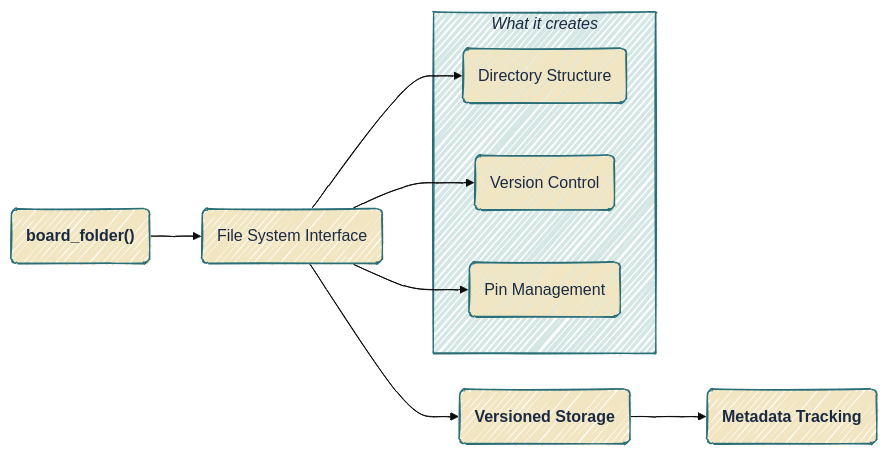
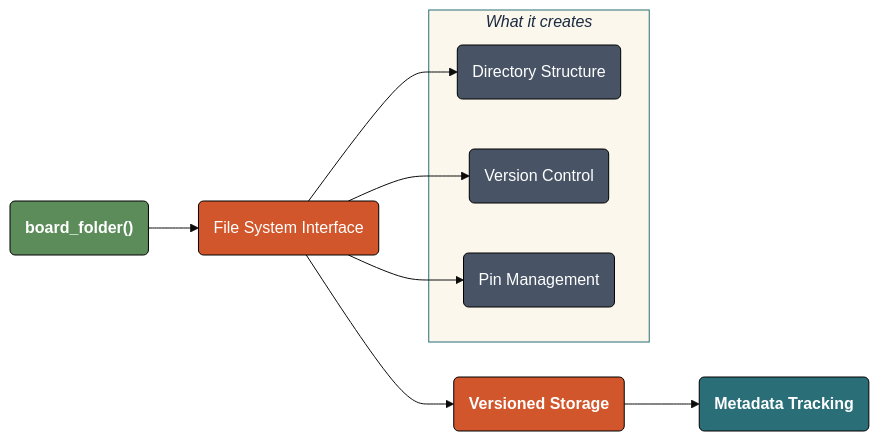
One commit to mjfrigaard/do4ds-labs changed the third of 5 diagrams in lab02.qmd. Above: the diagram before and after it, drawn with Mermaid. The commit also changed other lines of this file and 48 other files, not shown here.

````diff
--- a/lab02.qmd
+++ b/lab02.qmd
@@ -287,26 +297,32 @@
 ```{mermaid}
 %%| fig-cap: 'board_folder()'
-%%| fig-align: center
-%%{init: {'theme': 'base', 'look': 'handDrawn', 'themeVariables': {'fontFamily': 'monospace'}}}%%
+%%| fig-align: 'center'
+%%{init: {'theme': 'base', 'themeVariables': {'fontFamily': 'monospace'}}}%%
 
 flowchart LR
     BrdFldr("<strong>board_folder()</strong>") --> FSI("File System Interface")
     FSI --> VerStor("<strong>Versioned Storage</strong>")
     VerStor --> MetaTr("<strong>Metadata Tracking</strong>")
     
     subgraph BF["<em>What it creates</em>"]
         DirStr("Directory Structure")
         VerCont("Version Control")
         PinMngMnt("Pin Management")
     end
     
     FSI --> DirStr
     FSI --> VerCont
     FSI --> PinMngMnt
 
     %% Style for outputs %%
-    classDef default fill:#F2E6C2,stroke:#2A6F77,color:#1B2A41
-    style BF fill:#d4e7e4,stroke:#2A6F77,color:#1B2A41
+    style BrdFldr fill:#5B8C5A,stroke:#000000,stroke-width:1px,color:#ffffff
+    style FSI fill:#D2562B,stroke:#000000,stroke-width:1px,color:#ffffff
+    style VerStor fill:#D2562B,stroke:#000000,stroke-width:1px,color:#ffffff
+    style MetaTr fill:#2A6F77,stroke:#000000,stroke-width:1px,color:#ffffff
+    style DirStr fill:#485466,stroke:#000000,stroke-width:1px,color:#ffffff
+    style VerCont fill:#485466,stroke:#000000,stroke-width:1px,color:#ffffff
+    style PinMngMnt fill:#485466,stroke:#000000,stroke-width:1px,color:#ffffff
+    style BF fill:#fbf7ec,stroke:#2A6F77,color:#1B2A41
 
 
 ```
````
